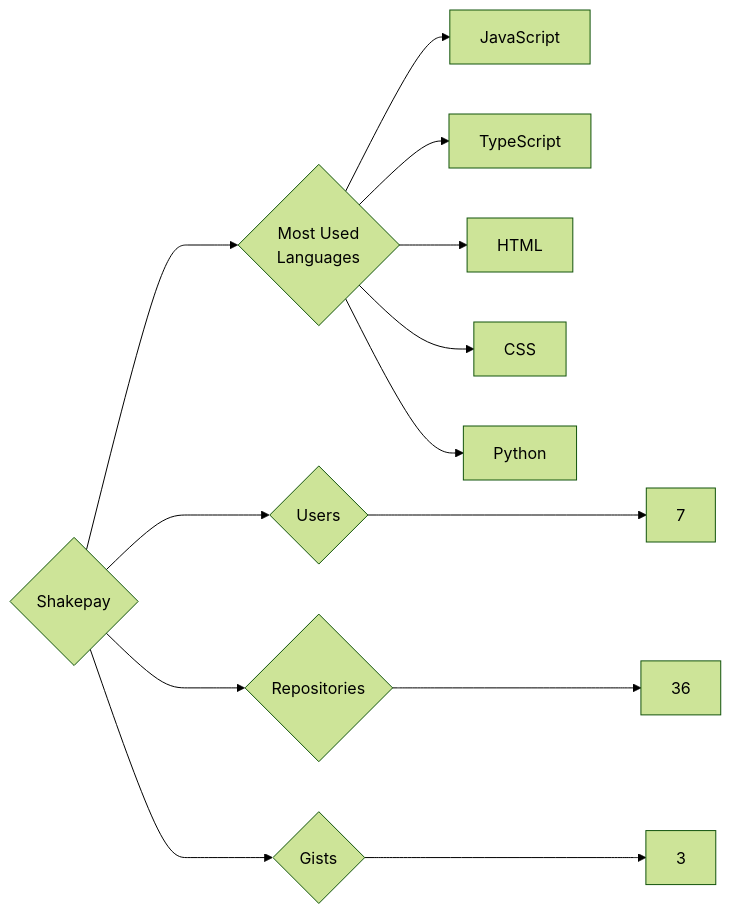
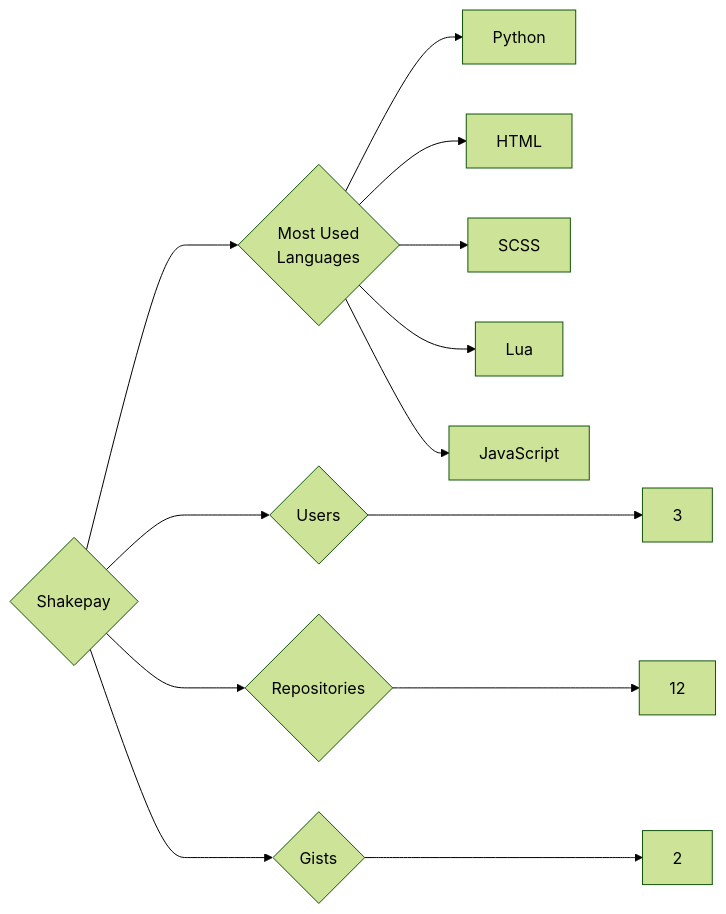
One commit to trickest/insiders changed the diagram in targets/Shakepay/README.md. Above: the diagram before and after it, drawn with Mermaid (forest theme). The commit also changed 928 other files, not shown here.

````diff
--- a/targets/Shakepay/README.md
+++ b/targets/Shakepay/README.md
@@ -3,13 +3,13 @@
 ```mermaid
 graph LR
 COMPANY_NAME{Shakepay}
-COMPANY_NAME ---> U{Users} ---> UN[7]
-COMPANY_NAME ---> R{Repositories} ---> RN[36]
-COMPANY_NAME ---> G{Gists} ---> GN[3]
+COMPANY_NAME ---> U{Users} ---> UN[3]
+COMPANY_NAME ---> R{Repositories} ---> RN[12]
+COMPANY_NAME ---> G{Gists} ---> GN[2]
 COMPANY_NAME ---> ML{Most Used<br>Languages}
+ML --> Python[Python]
+ML --> HTML[HTML]
+ML --> SCSS[SCSS]
+ML --> Lua[Lua]
 ML --> JavaScript[JavaScript]
-ML --> TypeScript[TypeScript]
-ML --> HTML[HTML]
-ML --> CSS[CSS]
-ML --> Python[Python]
 ```
````
